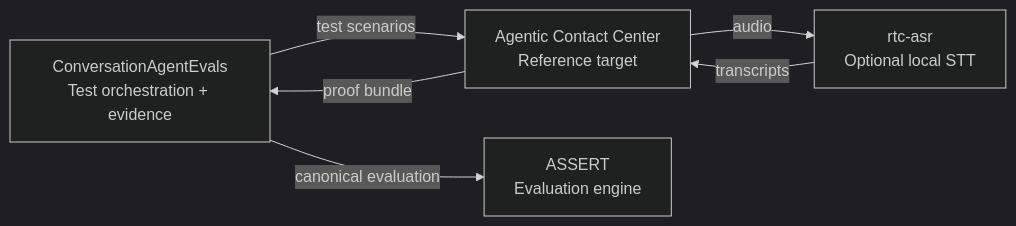
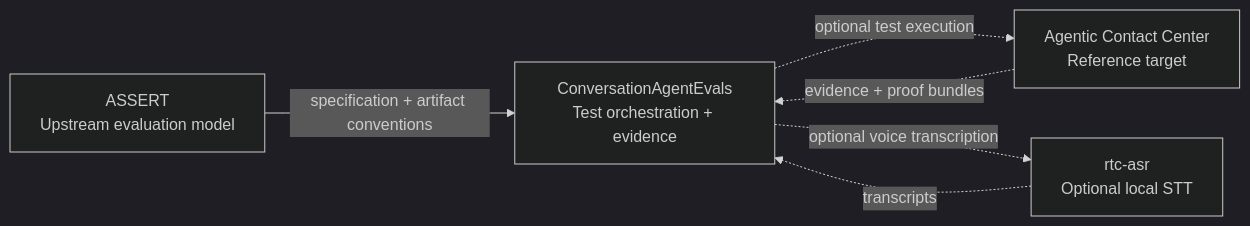
One commit to agonza1/ConversationAgentEvals changed the first of 2 diagrams in README.md. Above: the diagram before and after it, drawn with Mermaid (dark theme). The commit also changed other lines of this file and 39 other files, not shown here.

````diff
--- a/README.md
+++ b/README.md
@@ -20,13 +20,13 @@
 ```mermaid
 flowchart LR
   CAE["ConversationAgentEvals<br/>Test orchestration + evidence"]
   ACC["Agentic Contact Center<br/>Reference target"]
   ASR["rtc-asr<br/>Optional local STT"]
-  ASSERT["ASSERT<br/>Evaluation engine"]
+  ASSERT["ASSERT<br/>Upstream evaluation model"]
 
-  CAE -->|"test scenarios"| ACC
-  ACC -->|"proof bundle"| CAE
-  ACC -->|"audio"| ASR
-  ASR -->|"transcripts"| ACC
-  CAE -->|"canonical evaluation"| ASSERT
+  CAE -. "optional test execution" .-> ACC
+  ACC -. "evidence + proof bundles" .-> CAE
+  CAE -. "optional voice transcription" .-> ASR
+  ASR -. "transcripts" .-> CAE
+  ASSERT -->|"specification + artifact conventions"| CAE
 ```
````
